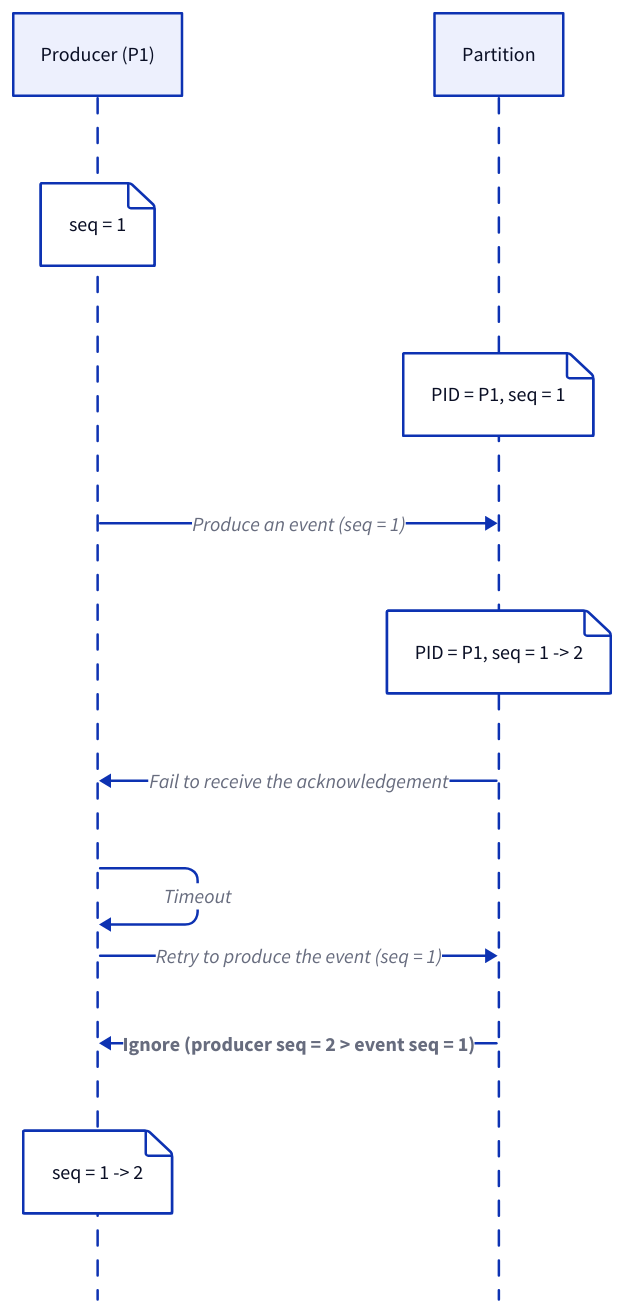
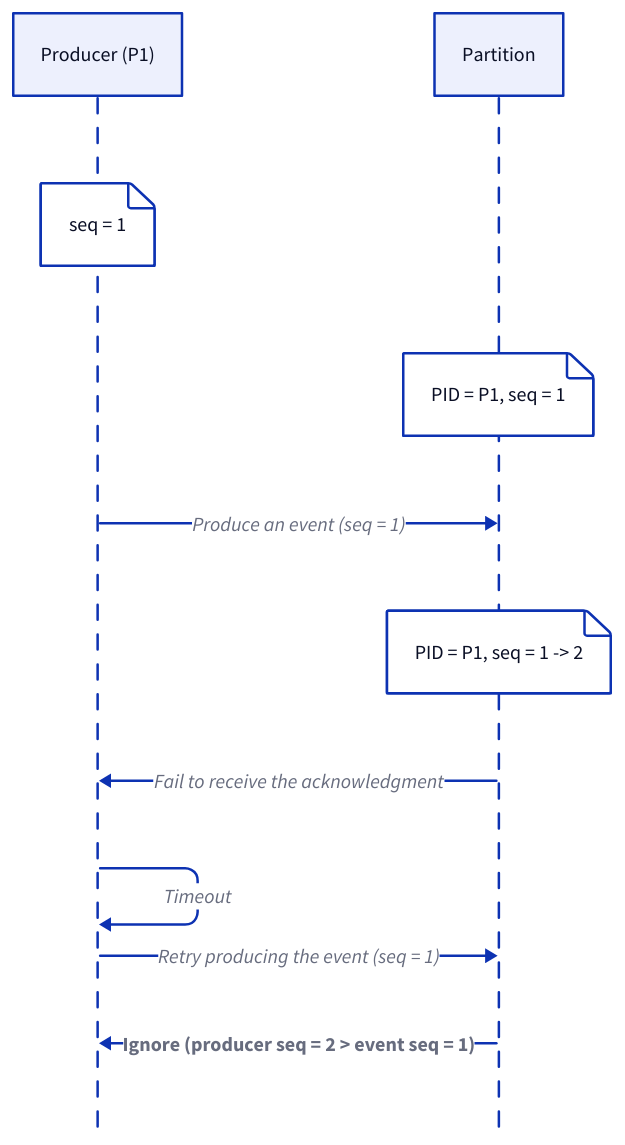
The tenth of 14 diagrams in content/data-persistence/event-streaming-platform/delivery-semantics.md (link1905/system-design-101), drawn with D2 before and after one commit. The commit also changed other lines of this file and 42 other files, not shown here.

````diff
--- a/content/data-persistence/event-streaming-platform/delivery-semantics.md
+++ b/content/data-persistence/event-streaming-platform/delivery-semantics.md
@@ -253,26 +252,23 @@
 ```d2
 shape: sequence_diagram
 p: Producer (P1)
 sp: Partition
 p {
   "seq = 1"
 }
 sp {
   "PID = P1, seq = 1"
 }
 p -> sp: Produce an event (seq = 1)
 sp {
   "PID = P1, seq = 1 -> 2"
 }
-sp -> p: Fail to receive the acknowledgement {
+sp -> p: Fail to receive the acknowledgment {
   class: error-conn
 }
 p -> p: Timeout
-p -> sp: Retry to produce the event (seq = 1)
+p -> sp: Retry producing the event (seq = 1)
 sp -> p: Ignore (producer seq = 2 > event seq = 1) {
   style.bold: true
 }
-p {
-  "seq = 1 -> 2"
-}
 ```
````
